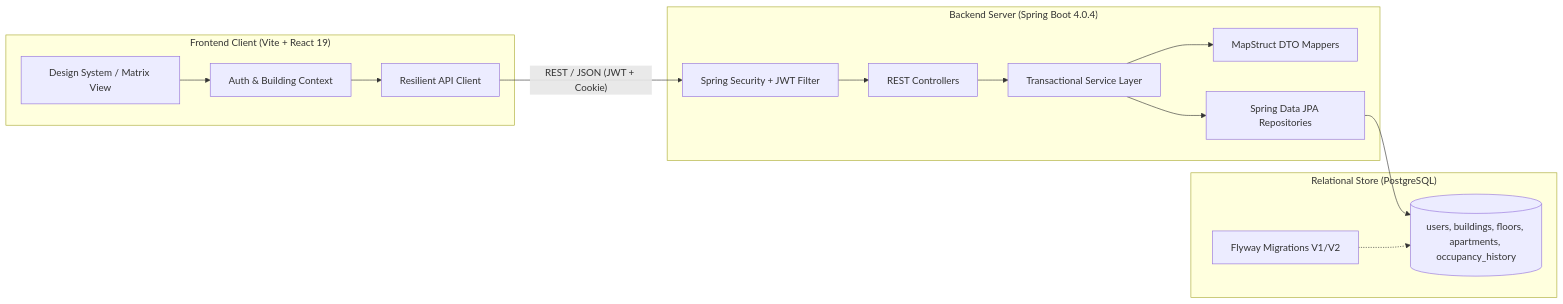
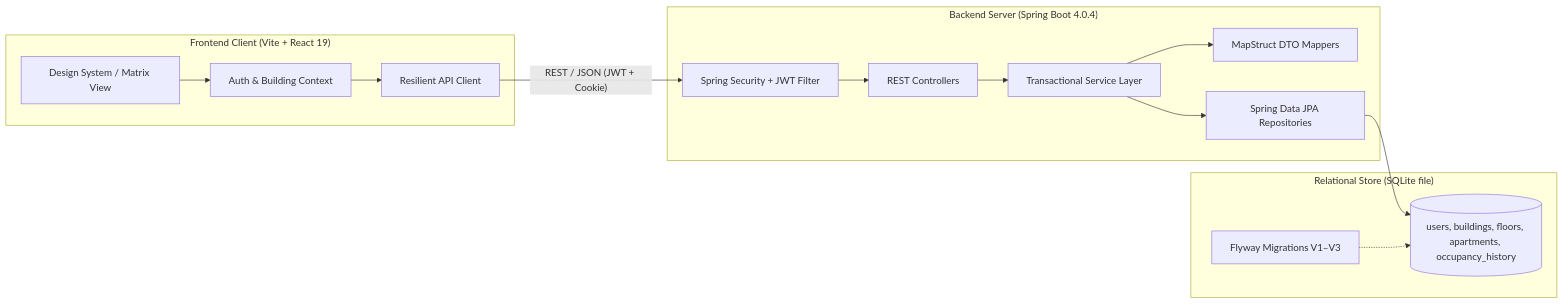
One commit to eskit2005/BariLog changed the diagram in README.md. Above: the diagram before and after it, drawn with Mermaid. The commit also changed other lines of this file, not shown here.

Commit message:
docs: document SQLite setup and reset workflow

````diff
--- a/README.md
+++ b/README.md
@@ -57,27 +57,27 @@
 ```mermaid
 flowchart LR
     subgraph Client["Frontend Client (Vite + React 19)"]
         UI[Design System / Matrix View]
         Context[Auth & Building Context]
         API_Client[Resilient API Client]
     end
 
     subgraph Server["Backend Server (Spring Boot 4.0.4)"]
         Sec[Spring Security + JWT Filter]
         Controllers[REST Controllers]
         Services[Transactional Service Layer]
         Mappers[MapStruct DTO Mappers]
         Repos[Spring Data JPA Repositories]
     end
 
-    subgraph Database["Relational Store (PostgreSQL)"]
-        Flyway[Flyway Migrations V1/V2]
+    subgraph Database["Relational Store (SQLite file)"]
+        Flyway[Flyway Migrations V1–V3]
         Tables[(users, buildings, floors, apartments, occupancy_history)]
     end
 
     UI --> Context --> API_Client
     API_Client -- "REST / JSON (JWT + Cookie)" --> Sec
     Sec --> Controllers --> Services --> Mappers & Repos
     Repos --> Tables
     Flyway -.-> Tables
 ```
````
